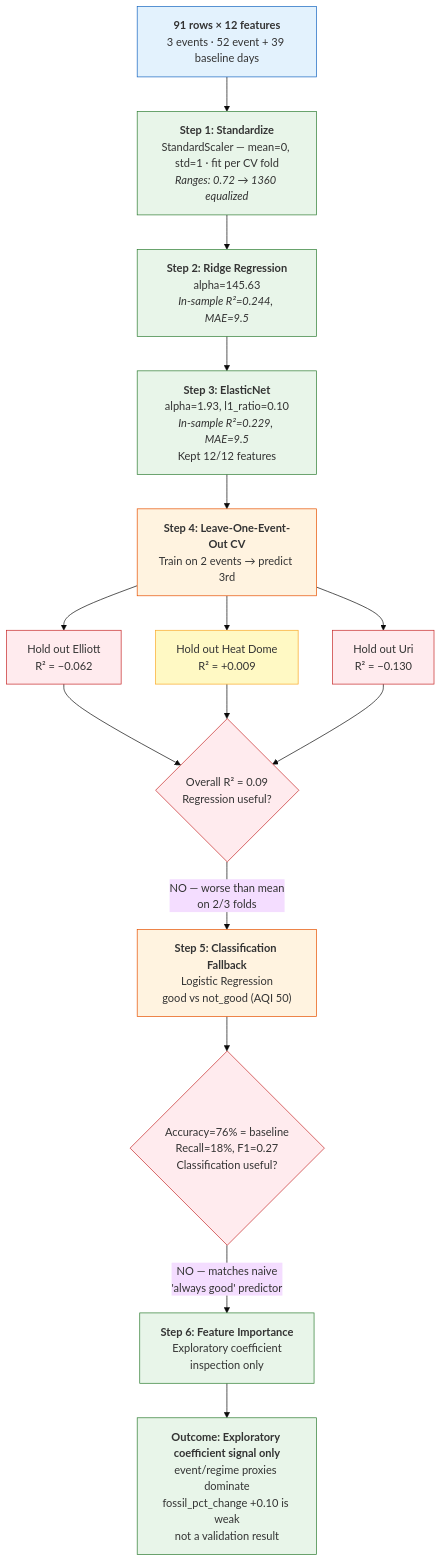
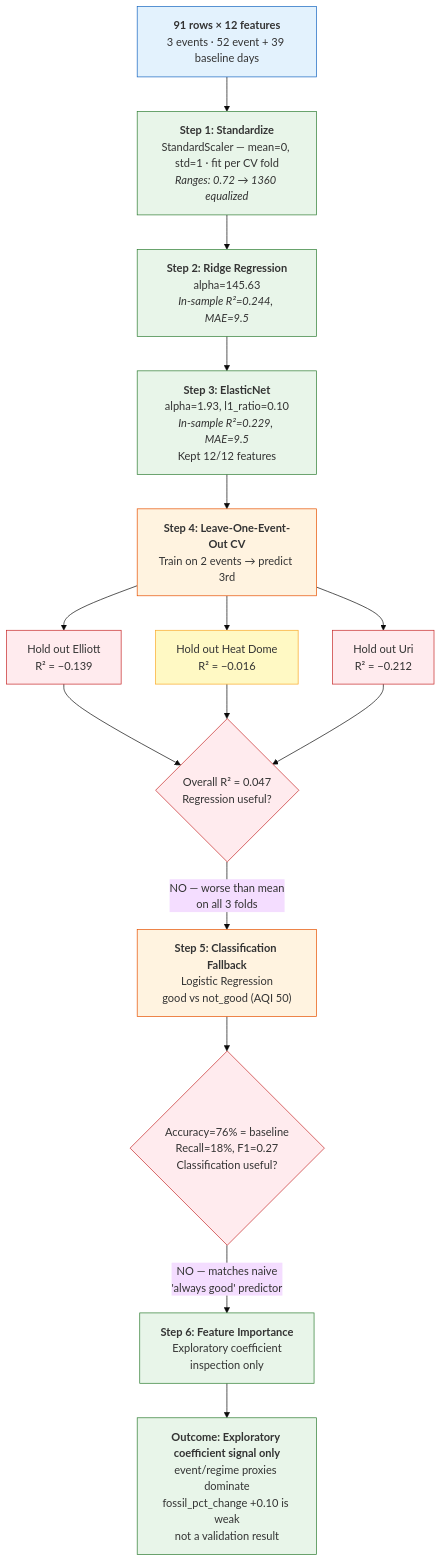
Before and after one commit to riyer-pitsoftware/climatepulse: the first of 4 diagrams in docs/model_training_guide.md, drawn with Mermaid (base theme). The commit also changed other lines of this file and 4 other files, not shown here.

````diff
--- a/docs/model_training_guide.md
+++ b/docs/model_training_guide.md
@@ -85,46 +97,46 @@
 ```mermaid
 flowchart TD
     A["<b>91 rows × 12 features</b><br/>3 events · 52 event + 39 baseline days"] --> B
 
     B["<b>Step 1: Standardize</b><br/>StandardScaler — mean=0, std=1 · fit per CV fold<br/><i>Ranges: 0.72 → 1360 equalized</i>"]
     B --> C
 
     C["<b>Step 2: Ridge Regression</b><br/>alpha=145.63<br/><i>In-sample R²=0.244, MAE=9.5</i>"]
     C --> D
 
     D["<b>Step 3: ElasticNet</b><br/>alpha=1.93, l1_ratio=0.10<br/><i>In-sample R²=0.229, MAE=9.5</i><br/>Kept 12/12 features"]
     D --> E
 
     E["<b>Step 4: Leave-One-Event-Out CV</b><br/>Train on 2 events → predict 3rd"]
-    E --> F1["Hold out Elliott<br/>R² = −0.062"]
-    E --> F2["Hold out Heat Dome<br/>R² = +0.009"]
-    E --> F3["Hold out Uri<br/>R² = −0.130"]
+    E --> F1["Hold out Elliott<br/>R² = −0.139"]
+    E --> F2["Hold out Heat Dome<br/>R² = −0.016"]
+    E --> F3["Hold out Uri<br/>R² = −0.212"]
 
-    F1 --> G{"Overall R² = 0.09<br/>Regression useful?"}
+    F1 --> G{"Overall R² = 0.047<br/>Regression useful?"}
     F2 --> G
     F3 --> G
 
-    G -- "NO — worse than mean<br/>on 2/3 folds" --> H
+    G -- "NO — worse than mean<br/>on all 3 folds" --> H
 
     H["<b>Step 5: Classification Fallback</b><br/>Logistic Regression<br/>good vs not_good (AQI 50)"]
     H --> I{"Accuracy=76% = baseline<br/>Recall=18%, F1=0.27<br/>Classification useful?"}
 
     I -- "NO — matches naive<br/>'always good' predictor" --> J
 
     J["<b>Step 6: Feature Importance</b><br/>Exploratory coefficient<br/>inspection only"]
     J --> K["<b>Outcome: Exploratory coefficient signal only</b><br/>event/regime proxies dominate<br/>fossil_pct_change +0.10 is weak<br/>not a validation result"]
 
     style A fill:#e3f2fd,stroke:#1565c0
     style B fill:#e8f5e9,stroke:#2e7d32
     style C fill:#e8f5e9,stroke:#2e7d32
     style D fill:#e8f5e9,stroke:#2e7d32
     style E fill:#fff3e0,stroke:#e65100
     style F1 fill:#ffebee,stroke:#c62828
     style F2 fill:#fff9c4,stroke:#f9a825
     style F3 fill:#ffebee,stroke:#c62828
     style G fill:#ffebee,stroke:#c62828
     style H fill:#fff3e0,stroke:#e65100
     style I fill:#ffebee,stroke:#c62828
     style J fill:#e8f5e9,stroke:#2e7d32
     style K fill:#e8f5e9,stroke:#2e7d32
 ```
````
